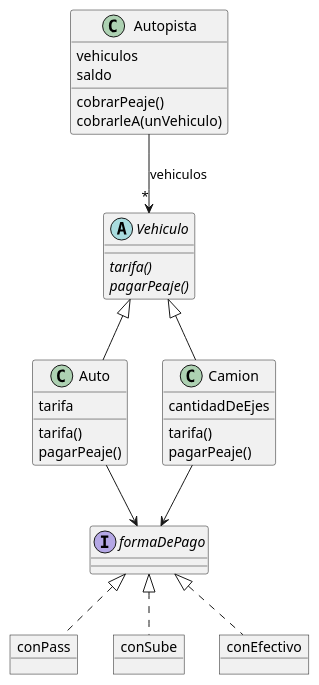
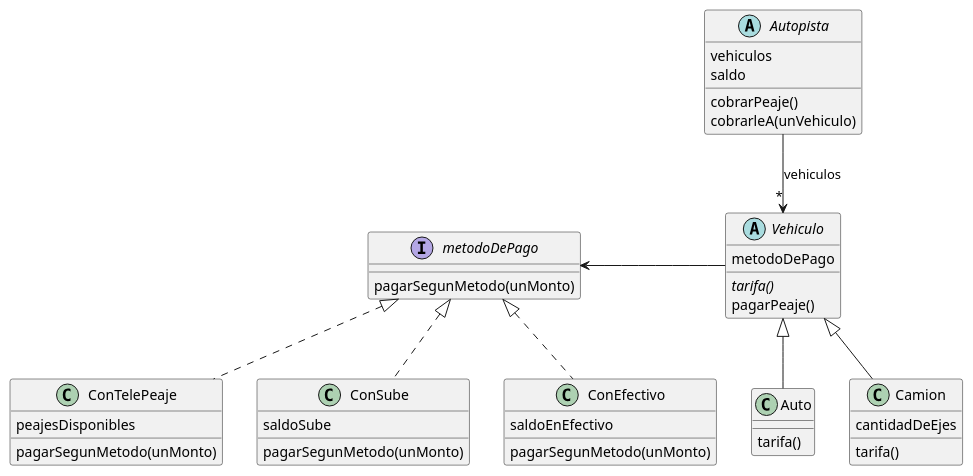
One commit to gonzivaser/Paradigmas-UTN changed the diagram in Finales/Final 03-08-2024/Objetos/diagrama.plantuml. Above: the diagram before and after it, drawn with PlantUML. The commit also changed 10 other files, not shown here.

```diff
--- a/Finales/Final 03-08-2024/Objetos/diagrama.plantuml
+++ b/Finales/Final 03-08-2024/Objetos/diagrama.plantuml
@@ -1,54 +1,58 @@
-@startuml diagrama 
+@startuml diagrama
 
-Class Autopista {
-    vehiculos
-    saldo 
+abstract Class Autopista {
+    vehiculos 
+    saldo
 
     cobrarPeaje()
     cobrarleA(unVehiculo)
 }
 
 abstract Class Vehiculo {
+    metodoDePago
+
     {abstract} tarifa()
-    {abstract} pagarPeaje()
+    pagarPeaje()
 }
 
 Class Auto extends Vehiculo {
-    tarifa
-
     tarifa()
-    pagarPeaje()
 }
 
-class Camion extends Vehiculo {
+Class Camion extends Vehiculo {
     cantidadDeEjes
 
     tarifa()
-    pagarPeaje()
 }
 
+Class ConTelePeaje {
+    peajesDisponibles
 
-object conPass {
-
+    pagarSegunMetodo(unMonto)
 }
 
-object conSube {
+Class ConSube {
+    saldoSube
 
+    pagarSegunMetodo(unMonto)
 }
 
-object conEfectivo {
+Class ConEfectivo {
+    saldoEnEfectivo
 
+    pagarSegunMetodo(unMonto)
 }
 
-interface formaDePago {
-    
+interface metodoDePago {
+    pagarSegunMetodo(unMonto)
 }
 
 Autopista --> "*" Vehiculo : vehiculos
-Auto --> formaDePago
-Camion --> formaDePago
-conPass .u.|> formaDePago
-conSube .u.|> formaDePago
-conEfectivo .u.|> formaDePago
+Vehiculo -l-> metodoDePago
+ConTelePeaje .u.|> metodoDePago
+ConSube .u.|> metodoDePago
+ConEfectivo .u.|> metodoDePago
+
+
 
 @enduml
```
